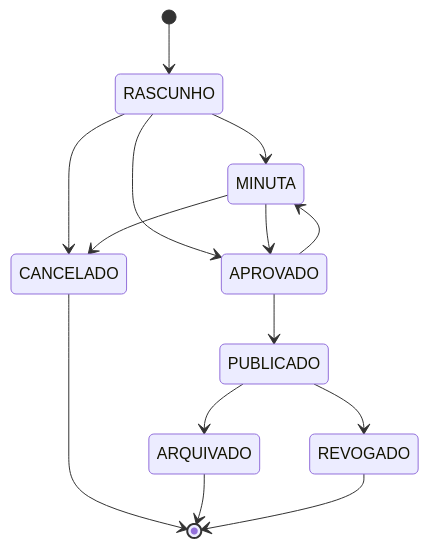
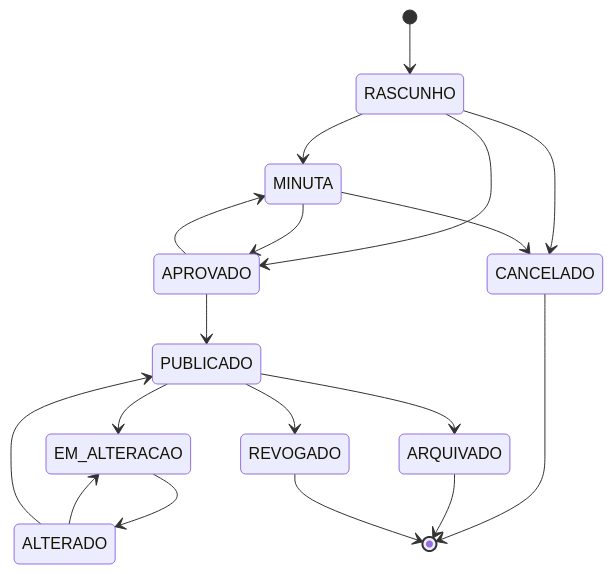
One commit to danielchipolesch/fab-legis changed the third of 3 diagrams in README.md. Above: the diagram before and after it, drawn with Mermaid. The commit also changed other lines of this file, not shown here.

````diff
--- a/README.md
+++ b/README.md
@@ -368,16 +386,20 @@
 ```mermaid
 stateDiagram-v2
     [*] --> RASCUNHO
     RASCUNHO --> MINUTA
     RASCUNHO --> APROVADO
     RASCUNHO --> CANCELADO
     MINUTA --> APROVADO
     MINUTA --> CANCELADO
     APROVADO --> MINUTA
     APROVADO --> PUBLICADO
+    PUBLICADO --> EM_ALTERACAO
     PUBLICADO --> ARQUIVADO
     PUBLICADO --> REVOGADO
+    EM_ALTERACAO --> ALTERADO
+    ALTERADO --> EM_ALTERACAO
+    ALTERADO --> PUBLICADO
     CANCELADO --> [*]
     ARQUIVADO --> [*]
     REVOGADO --> [*]
 ```
````
